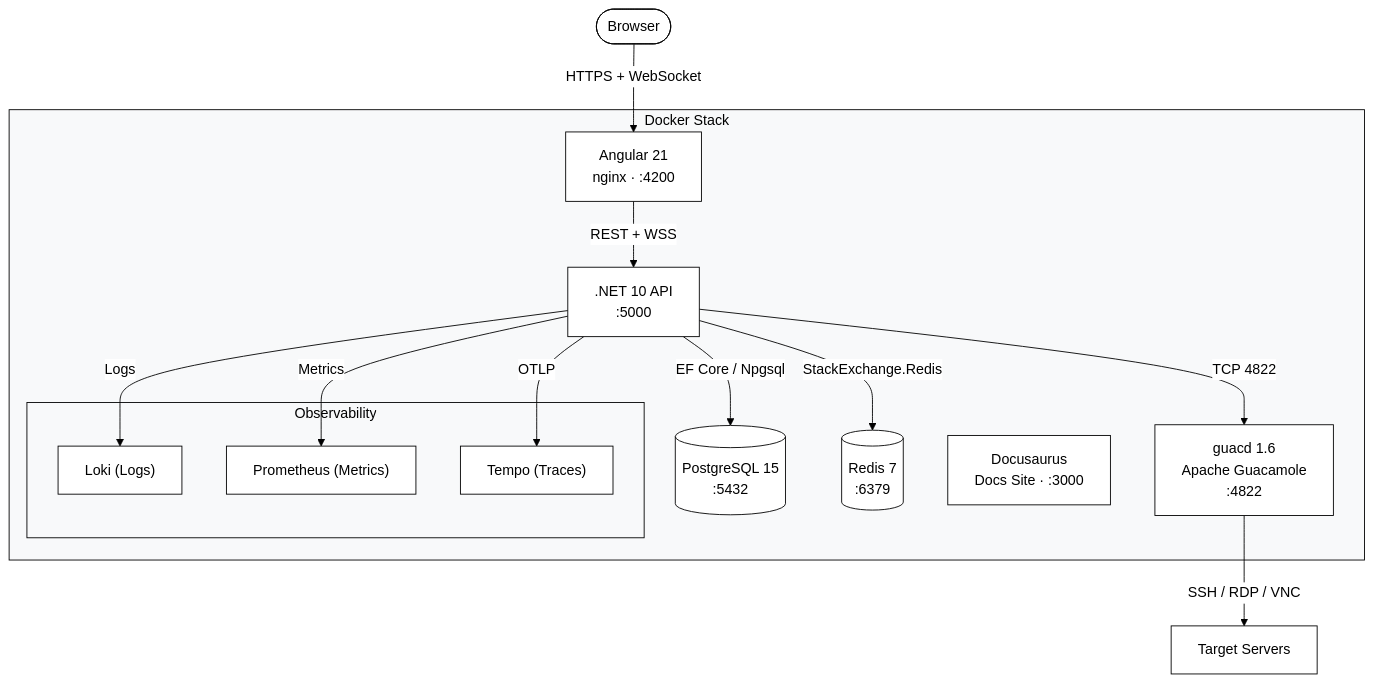
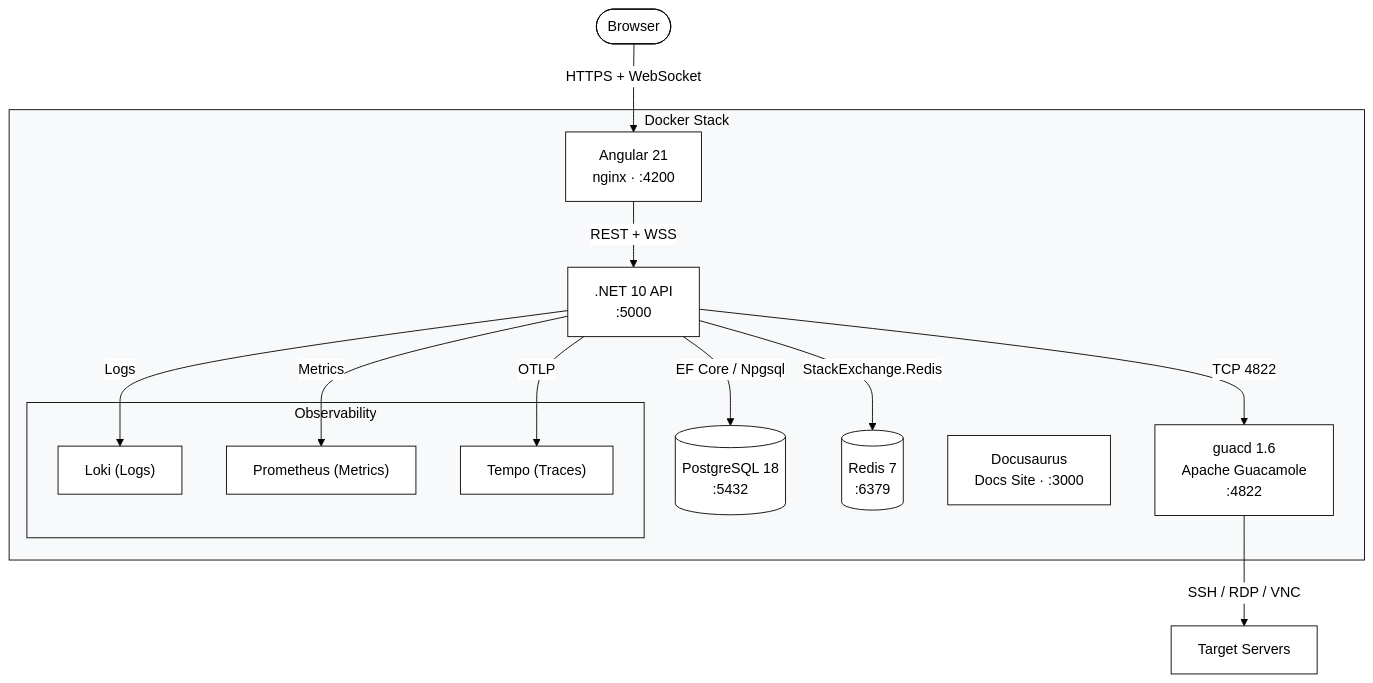
Before and after one commit to alessandrocaetanob/smooth-operator: the first of 3 diagrams in README.md, drawn with Mermaid. The commit also changed other lines of this file and 11 other files, not shown here.

First line of the commit message:
fix(db): resolve container startup failures and harden PostgreSQL configuration (#116)

````diff
--- a/README.md
+++ b/README.md
@@ -26,43 +26,43 @@
 ```mermaid
 %%{init: {
   'theme': 'base',
   'themeVariables': {
     'primaryColor': '#ffffff',
     'primaryBorderColor': '#000000',
     'primaryTextColor': '#000000',
     'lineColor': '#000000',
     'fontSize': '16px',
     'fontFamily': 'Inter, system-ui, sans-serif',
     'mainBkg': '#ffffff',
     'edgeLabelBackground': '#ffffff',
     'clusterBkg': '#f8f9fa',
     'clusterBorder': '#000000'
   }
 }}%%
 graph TD
     Browser([Browser]) -->|HTTPS + WebSocket| Frontend
 
     subgraph Docker Stack
         Frontend["Angular 21\nnginx · :4200"]
         Backend[".NET 10 API\n:5000"]
-        DB[("PostgreSQL 15\n:5432")]
+        DB[("PostgreSQL 18\n:5432")]
         Cache[("Redis 7\n:6379")]
         Guacd["guacd 1.6\nApache Guacamole\n:4822"]
         Docs["Docusaurus\nDocs Site · :3000"]
         
         subgraph Observability
             Loki["Loki (Logs)"]
             Prom["Prometheus (Metrics)"]
             Tempo["Tempo (Traces)"]
         end
     end
 
     Frontend -->|REST + WSS| Backend
     Backend -->|EF Core / Npgsql| DB
     Backend -->|StackExchange.Redis| Cache
     Backend -->|TCP 4822| Guacd
     Backend -->|OTLP| Tempo
     Backend -->|Metrics| Prom
     Backend -->|Logs| Loki
     Guacd -->|SSH / RDP / VNC| Targets[Target Servers]
 ```
````
